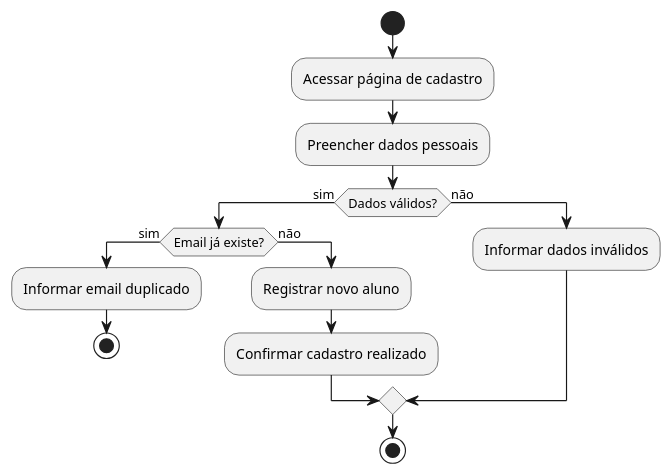
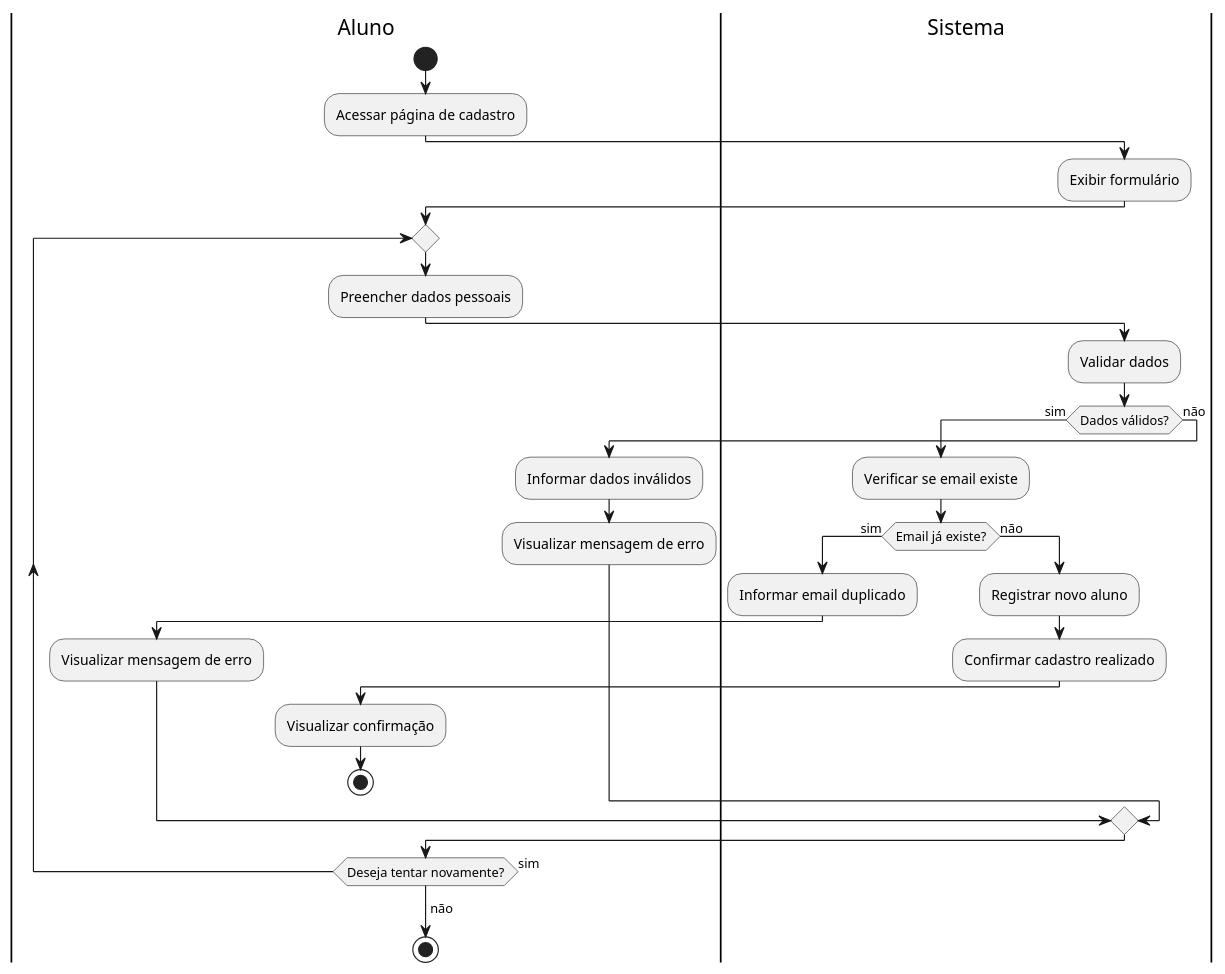
The diagram in atividades/Caso_02_Atividade.puml (viniciusdias2902/modelagem_uml), drawn with PlantUML before and after one commit. The commit also changed 32 other files, not shown here.

Commit message:
Correção dos diagramas de atividade

```diff
--- a/atividades/Caso_02_Atividade.puml
+++ b/atividades/Caso_02_Atividade.puml
@@ -1,17 +1,45 @@
 @startuml
+|Aluno|
 start
 :Acessar página de cadastro;
-:Preencher dados pessoais;
-if (Dados válidos?) then (sim)
-  if (Email já existe?) then (sim)
-    :Informar email duplicado;
-    stop
+
+|Sistema|
+:Exibir formulário;
+
+|Aluno|
+repeat
+  :Preencher dados pessoais;
+  
+  |Sistema|
+  :Validar dados;
+  
+  if (Dados válidos?) then (sim)
+    :Verificar se email existe;
+    
+    if (Email já existe?) then (sim)
+      :Informar email duplicado;
+      
+      |Aluno|
+      :Visualizar mensagem de erro;
+    else (não)
+      |Sistema|
+      :Registrar novo aluno;
+      :Confirmar cadastro realizado;
+      
+      |Aluno|
+      :Visualizar confirmação;
+      stop
+    endif
   else (não)
-    :Registrar novo aluno;
-    :Confirmar cadastro realizado;
+    :Informar dados inválidos;
+    
+    |Aluno|
+    :Visualizar mensagem de erro;
   endif
-else (não)
-  :Informar dados inválidos;
-endif
+  
+repeat while (Deseja tentar novamente?) is (sim)
+->não;
+
+|Aluno|
 stop
 @enduml
```
